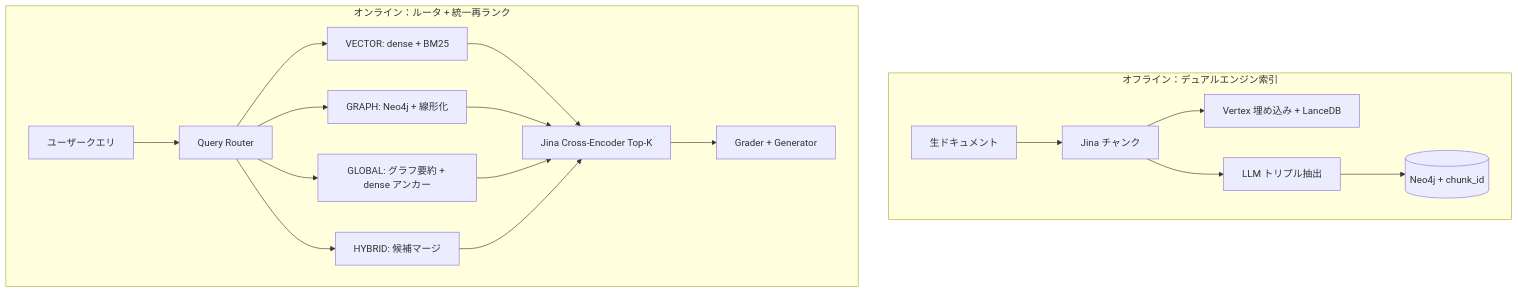
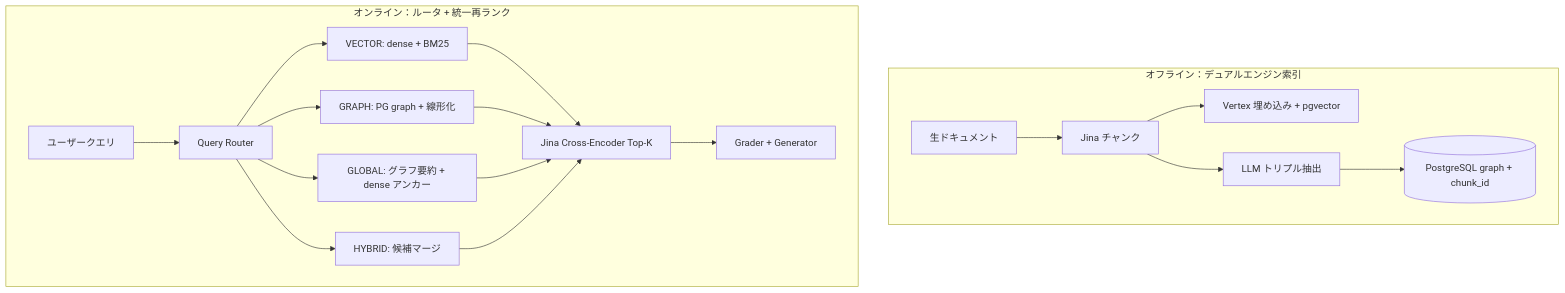
The diagram in README-jp.md (ordiy/DynaSense-RAG), drawn with Mermaid before and after one commit. The commit also changed other lines of this file and 12 other files, not shown here.

First line of the commit message:
docs: replace Neo4j references with PostgreSQL AGE

````diff
--- a/README-jp.md
+++ b/README-jp.md
@@ -190,21 +190,21 @@
 ```mermaid
 flowchart TB
   subgraph ingest["オフライン：デュアルエンジン索引"]
     D[生ドキュメント] --> J[Jina チャンク]
-    J --> E[Vertex 埋め込み + LanceDB]
+    J --> E[Vertex 埋め込み + pgvector]
     J --> T[LLM トリプル抽出]
-    T --> N[(Neo4j + chunk_id)]
+    T --> N[(PostgreSQL graph + chunk_id)]
   end
   subgraph online["オンライン：ルータ + 統一再ランク"]
     Q[ユーザークエリ] --> R[Query Router]
     R --> V[VECTOR: dense + BM25]
-    R --> G[GRAPH: Neo4j + 線形化]
+    R --> G[GRAPH: PG graph + 線形化]
     R --> GL[GLOBAL: グラフ要約 + dense アンカー]
     R --> HY[HYBRID: 候補マージ]
     V --> RR[Jina Cross-Encoder Top-K]
     G --> RR
     GL --> RR
     HY --> RR
     RR --> P[Grader + Generator]
   end
 ```
````
